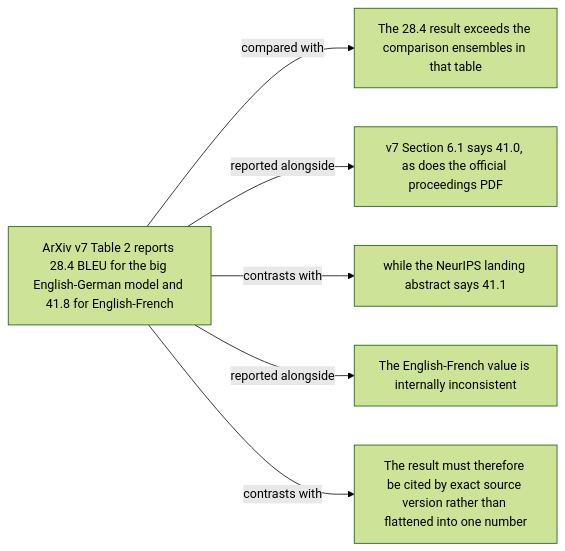
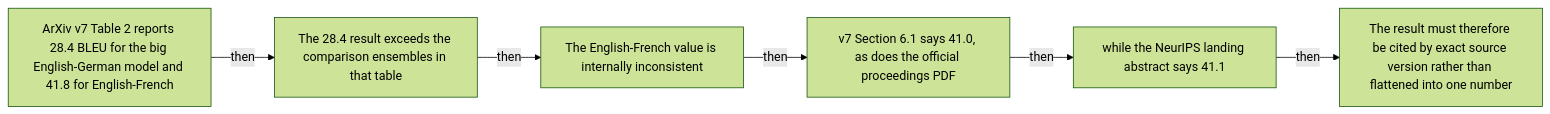
One commit to Betancourt1/paper_atlas changed diagram 32 of 54 in docs/visual-manifests/VISUAL_MANIFEST_ATTENTION_IS_ALL_YOU_NEED.md. Above: the diagram before and after it, drawn with Mermaid (forest theme). The commit also changed other lines of this file and 7 other files, not shown here.

````diff
--- a/docs/visual-manifests/VISUAL_MANIFEST_ATTENTION_IS_ALL_YOU_NEED.md
+++ b/docs/visual-manifests/VISUAL_MANIFEST_ATTENTION_IS_ALL_YOU_NEED.md
@@ -2518,14 +2560,14 @@
 ```mermaid
 flowchart LR
   n1["ArXiv v7 Table 2 reports 28.4 BLEU for the big English-German model and 41.8 for English-French"]
   n2["The 28.4 result exceeds the comparison ensembles in that table"]
-  n3["v7 Section 6.1 says 41.0, as does the official proceedings PDF"]
-  n4["while the NeurIPS landing abstract says 41.1"]
-  n5["The English-French value is internally inconsistent"]
+  n3["The English-French value is internally inconsistent"]
+  n4["v7 Section 6.1 says 41.0, as does the official proceedings PDF"]
+  n5["while the NeurIPS landing abstract says 41.1"]
   n6["The result must therefore be cited by exact source version rather than flattened into one number"]
-  n1 -->|"compared with"| n2
-  n1 -->|"reported alongside"| n3
-  n1 -->|"contrasts with"| n4
-  n1 -->|"reported alongside"| n5
-  n1 -->|"contrasts with"| n6
+  n1 -->|"then"| n2
+  n2 -->|"then"| n3
+  n3 -->|"then"| n4
+  n4 -->|"then"| n5
+  n5 -->|"then"| n6
 ```
````
